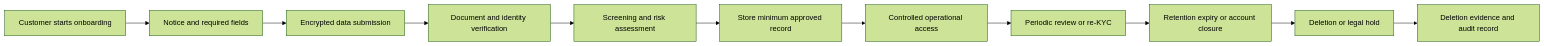
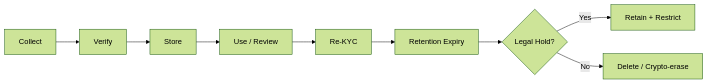
The third of 6 diagrams in src/content/security/pii-kyc-data-handling.md (AvadhBhalodiya/Interview-Preparation), drawn with Mermaid (forest theme) before and after one commit. The commit also changed other lines of this file and 54 other files, not shown here.

````diff
--- a/src/content/security/pii-kyc-data-handling.md
+++ b/src/content/security/pii-kyc-data-handling.md
@@ -268,13 +131,11 @@
 ```mermaid
 flowchart LR
-    A[Customer starts onboarding] --> B[Notice and required fields]
-    B --> C[Encrypted data submission]
-    C --> D[Document and identity verification]
-    D --> E[Screening and risk assessment]
-    E --> F[Store minimum approved record]
-    F --> G[Controlled operational access]
-    G --> H[Periodic review or re-KYC]
-    H --> I[Retention expiry or account closure]
-    I --> J[Deletion or legal hold]
-    J --> K[Deletion evidence and audit record]
+    A[Collect] --> B[Verify]
+    B --> C[Store]
+    C --> D[Use / Review]
+    D --> E[Re-KYC]
+    E --> F[Retention Expiry]
+    F --> G{Legal Hold?}
+    G -->|Yes| H[Retain + Restrict]
+    G -->|No| I[Delete / Crypto-erase]
 ```
````
